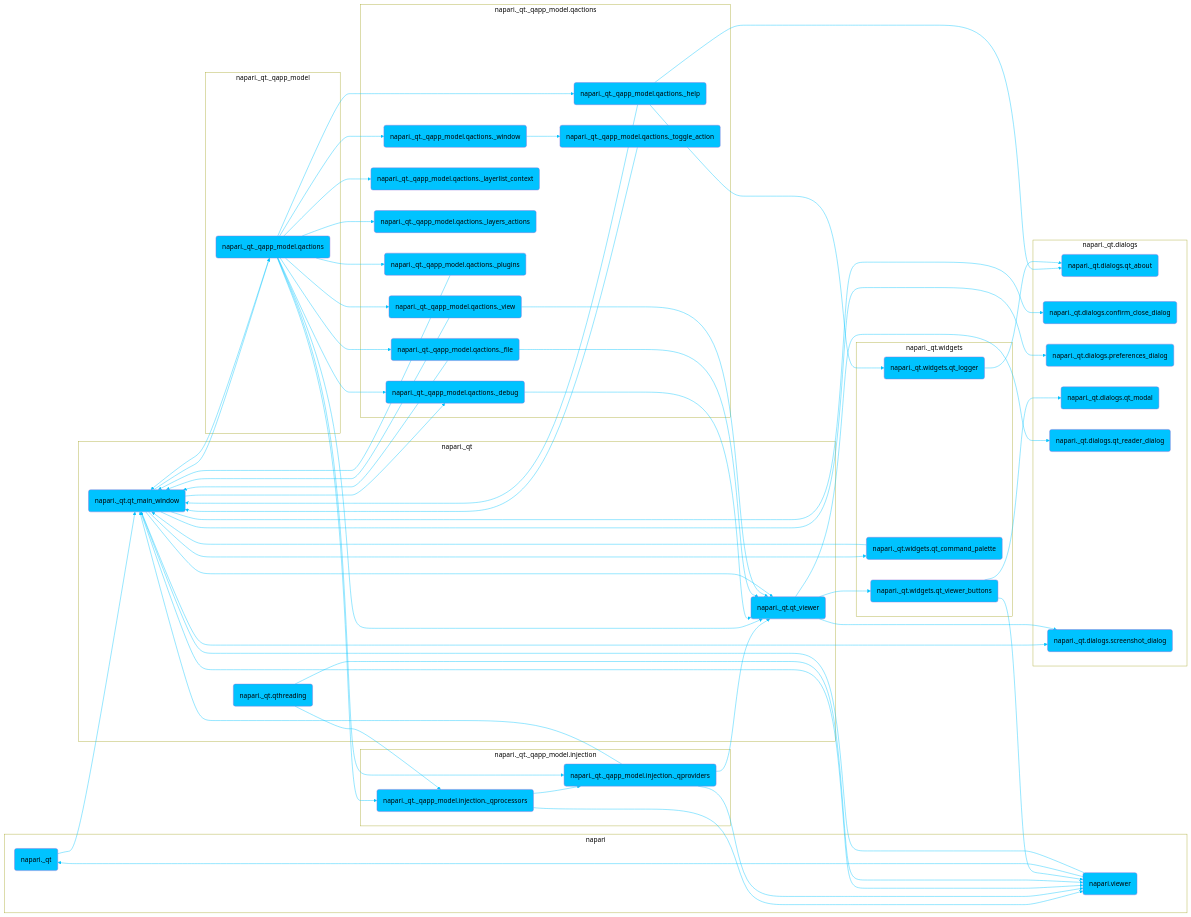
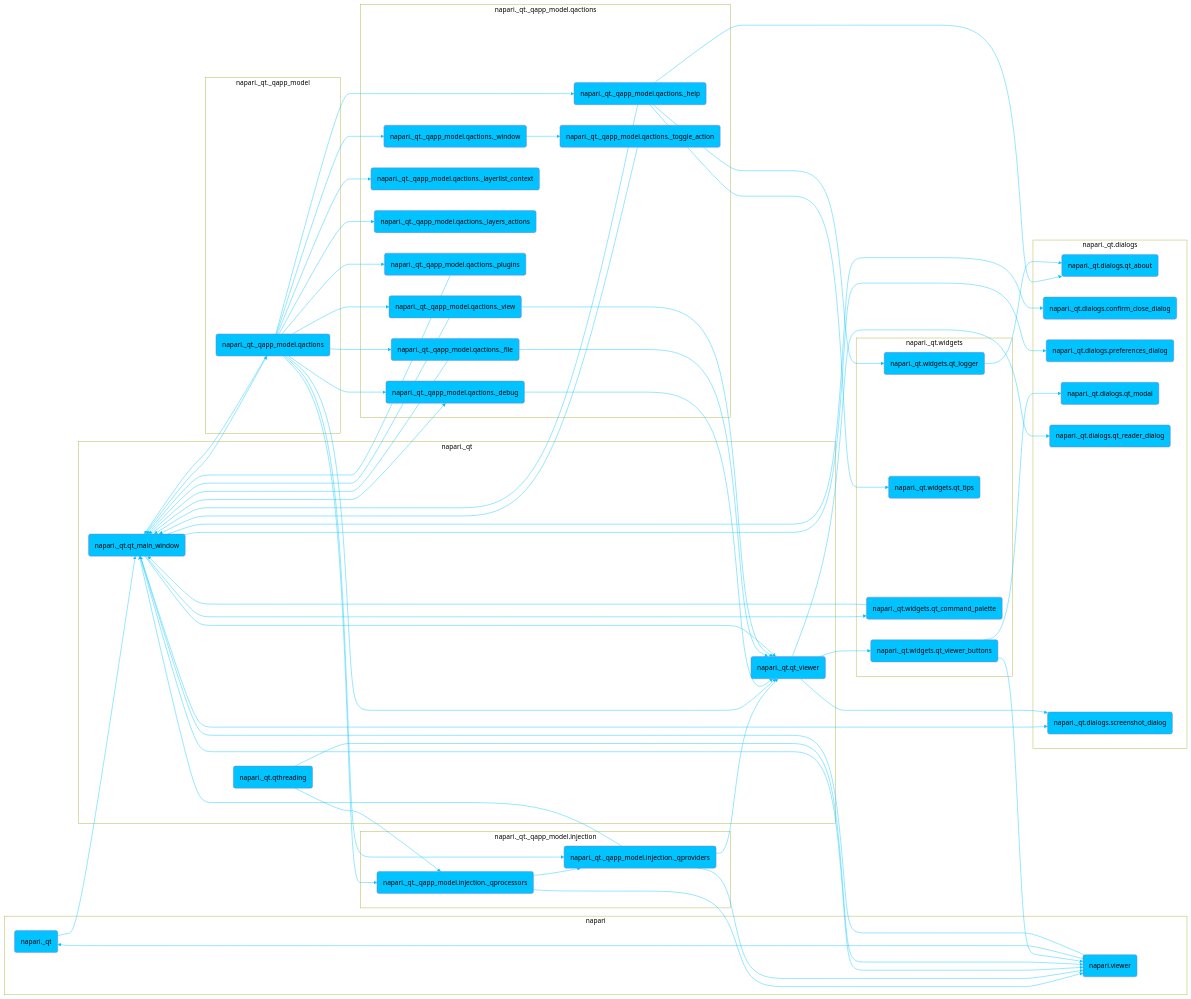
One commit to napari/napari.github.io changed the diagram in dev/_sources/developers/architecture/ui_sections/application_menus_ui.md. Above: the diagram before and after it, drawn with Mermaid. The commit also changed other lines of this file and 723 other files, not shown here.

```diff
--- a/dev/_sources/developers/architecture/ui_sections/application_menus_ui.md
+++ b/dev/_sources/developers/architecture/ui_sections/application_menus_ui.md
@@ -41,6 +41,7 @@
 	napari._qt._qapp_model.qactions._help --> napari._qt.dialogs.qt_about
 	napari._qt._qapp_model.qactions._help --> napari._qt.qt_main_window
 	napari._qt._qapp_model.qactions._help --> napari._qt.widgets.qt_logger
+	napari._qt._qapp_model.qactions._help --> napari._qt.widgets.qt_tips
 	click napari._qt._qapp_model.qactions._help "https://github.com/napari/napari/tree/main/napari/_qt/_qapp_model/qactions/_help.py" _blank
 	napari._qt._qapp_model.qactions._layerlist_context(napari._qt._qapp_model.qactions._layerlist_context)
 	click napari._qt._qapp_model.qactions._layerlist_context "https://github.com/napari/napari/tree/main/napari/_qt/_qapp_model/qactions/_layerlist_context.py" _blank
@@ -96,6 +97,8 @@
 	napari._qt.widgets.qt_logger(napari._qt.widgets.qt_logger)
 	napari._qt.widgets.qt_logger --> napari._qt.dialogs.qt_about
 	click napari._qt.widgets.qt_logger "https://github.com/napari/napari/tree/main/napari/_qt/widgets/qt_logger.py" _blank
+	napari._qt.widgets.qt_tips(napari._qt.widgets.qt_tips)
+	click napari._qt.widgets.qt_tips "https://github.com/napari/napari/tree/main/napari/_qt/widgets/qt_tips.py" _blank
 	napari._qt.widgets.qt_viewer_buttons(napari._qt.widgets.qt_viewer_buttons)
 	napari._qt.widgets.qt_viewer_buttons --> napari._qt.dialogs.qt_modal
 	napari._qt.widgets.qt_viewer_buttons --> napari.viewer
@@ -148,6 +151,7 @@
 	subgraph module.napari._qt.widgets[napari._qt.widgets]
 		 napari._qt.widgets.qt_command_palette
 		 napari._qt.widgets.qt_logger
+		 napari._qt.widgets.qt_tips
 		 napari._qt.widgets.qt_viewer_buttons
 	end
 	class module.napari._qt.widgets subgraphs
```
